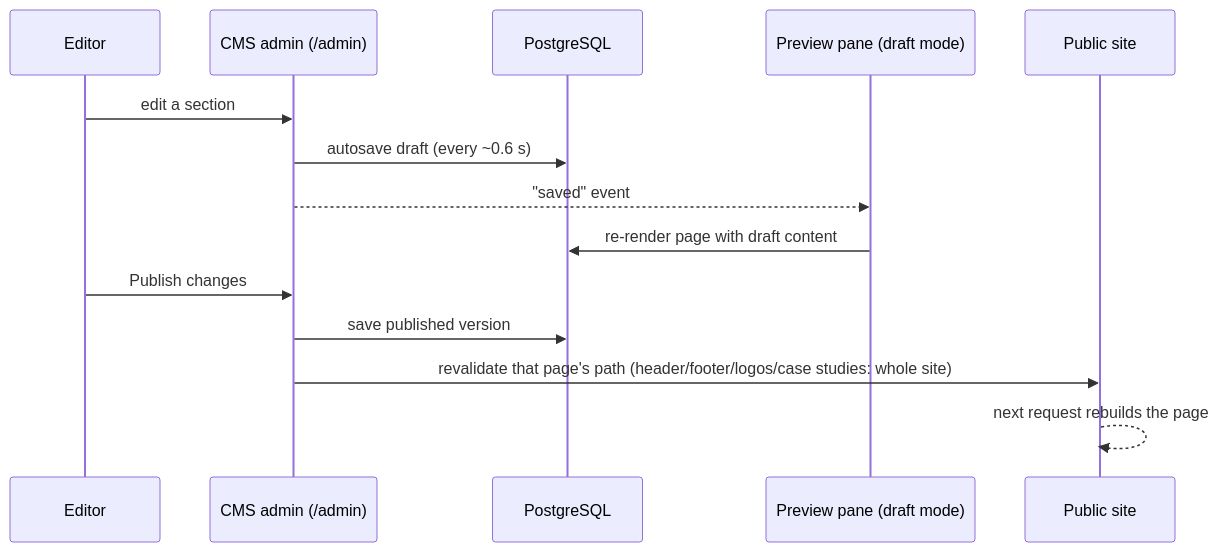
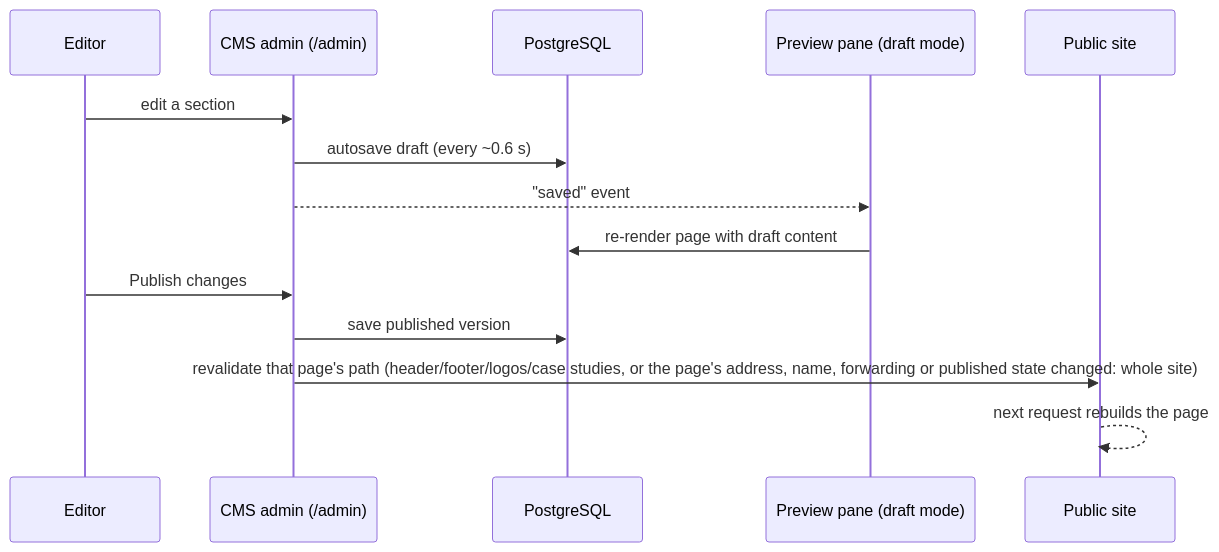
The fifth of 9 diagrams in docs/architecture.md (nidheeshvb/PLG), drawn with Mermaid before and after one commit. The commit also changed other lines of this file and 6 other files, not shown here.

````diff
--- a/docs/architecture.md
+++ b/docs/architecture.md
@@ -165,16 +165,16 @@
 ```mermaid
 sequenceDiagram
   participant E as Editor
   participant A as CMS admin (/admin)
   participant DB as PostgreSQL
   participant PV as Preview pane (draft mode)
   participant S as Public site
   E->>A: edit a section
   A->>DB: autosave draft (every ~0.6 s)
   A-->>PV: "saved" event
   PV->>DB: re-render page with draft content
   E->>A: Publish changes
   A->>DB: save published version
-  A->>S: revalidate that page's path (header/footer/logos/case studies: whole site)
+  A->>S: revalidate that page's path (header/footer/logos/case studies, or the page's address, name, forwarding or published state changed: whole site)
   S-->>S: next request rebuilds the page
 ```
````
